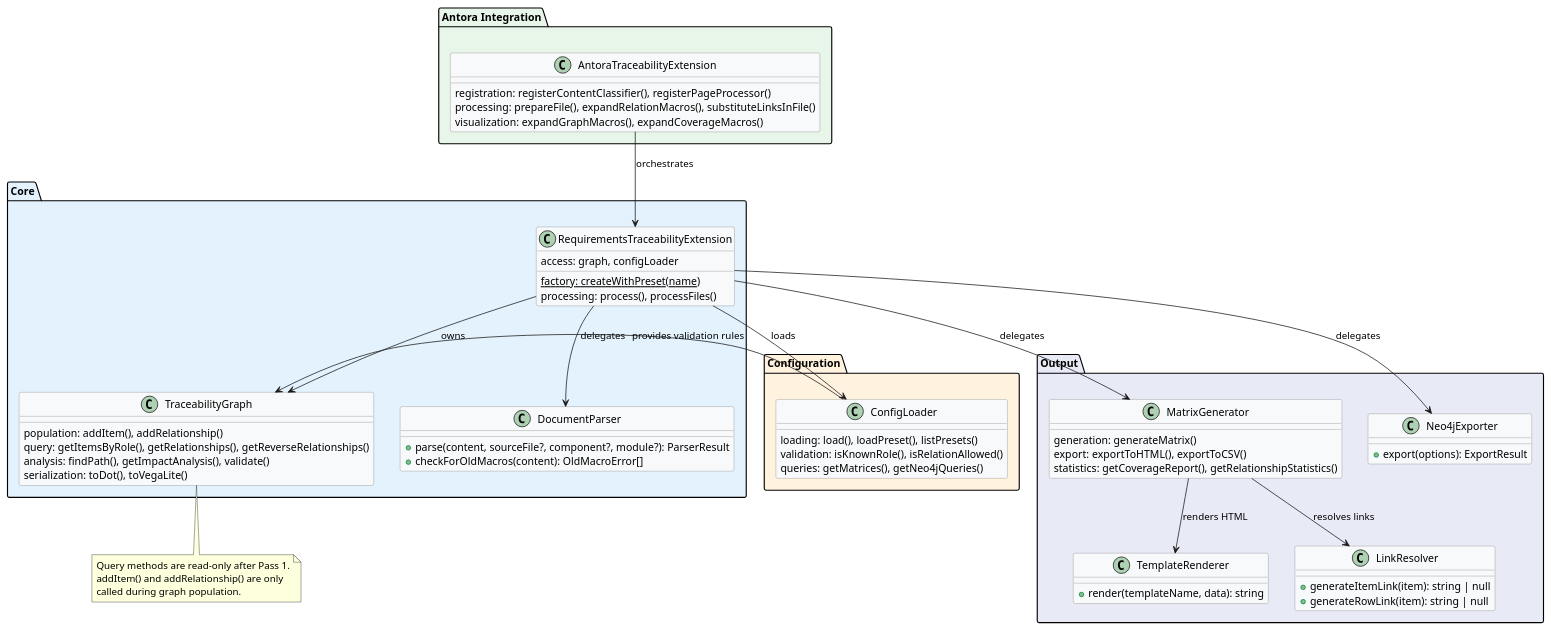
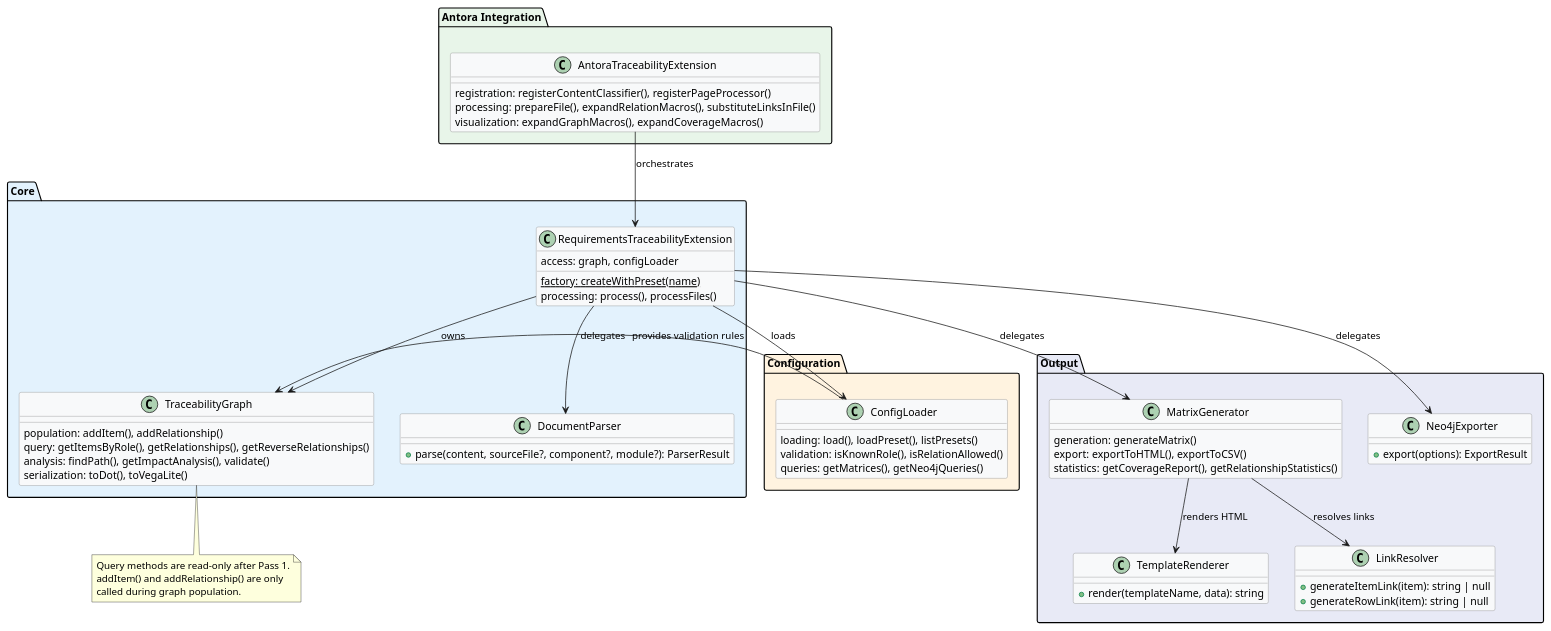
One commit to rattermeyer/antora-tracer changed the diagram in examples/tracer/modules/ROOT/examples/api-overview.puml. Above: the diagram before and after it, drawn with PlantUML. The commit also changed 26 other files, not shown here.

```diff
--- a/examples/tracer/modules/ROOT/examples/api-overview.puml
+++ b/examples/tracer/modules/ROOT/examples/api-overview.puml
@@ -1,84 +1,83 @@
 @startuml
 ' Public API — class structure and key method groups
 ' Grouped by package: Core, Configuration, Output, Antora Integration
 ' Full method signatures: see API reference
 
 skinparam classBackgroundColor #F8F9FA
 skinparam classBorderColor #888888
 skinparam packageBackgroundColor #FAFAFA
 
 package "Core" #E3F2FD {
   class TraceabilityGraph {
     population: addItem(), addRelationship()
     query: getItemsByRole(), getRelationships(), getReverseRelationships()
     analysis: findPath(), getImpactAnalysis(), validate()
     serialization: toDot(), toVegaLite()
   }
 
   class DocumentParser {
     + parse(content, sourceFile?, component?, module?): ParserResult
-    + checkForOldMacros(content): OldMacroError[]
   }
 
   class RequirementsTraceabilityExtension {
     factory: {static} createWithPreset(name)
     processing: process(), processFiles()
     access: graph, configLoader
   }
 }
 
 package "Configuration" #FFF3E0 {
   class ConfigLoader {
     loading: load(), loadPreset(), listPresets()
     validation: isKnownRole(), isRelationAllowed()
     queries: getMatrices(), getNeo4jQueries()
   }
 }
 
 package "Output" #E8EAF6 {
   class MatrixGenerator {
     generation: generateMatrix()
     export: exportToHTML(), exportToCSV()
     statistics: getCoverageReport(), getRelationshipStatistics()
   }
 
   class TemplateRenderer {
     + render(templateName, data): string
   }
 
   class LinkResolver {
     + generateItemLink(item): string | null
     + generateRowLink(item): string | null
   }
 
   class Neo4jExporter {
     + export(options): ExportResult
   }
 }
 
 package "Antora Integration" #E8F5E9 {
   class AntoraTraceabilityExtension {
     registration: registerContentClassifier(), registerPageProcessor()
     processing: prepareFile(), expandRelationMacros(), substituteLinksInFile()
     visualization: expandGraphMacros(), expandCoverageMacros()
   }
 }
 
 ' Dependencies
 RequirementsTraceabilityExtension --> TraceabilityGraph : owns
 RequirementsTraceabilityExtension --> DocumentParser : delegates
 RequirementsTraceabilityExtension --> ConfigLoader : loads
 RequirementsTraceabilityExtension --> MatrixGenerator : delegates
 RequirementsTraceabilityExtension --> Neo4jExporter : delegates
 AntoraTraceabilityExtension --> RequirementsTraceabilityExtension : orchestrates
 MatrixGenerator --> TemplateRenderer : renders HTML
 MatrixGenerator --> LinkResolver : resolves links
 ConfigLoader --> TraceabilityGraph : provides validation rules
 
 note bottom of TraceabilityGraph
   Query methods are read-only after Pass 1.
   addItem() and addRelationship() are only
   called during graph population.
 end note
 
 @enduml
```
